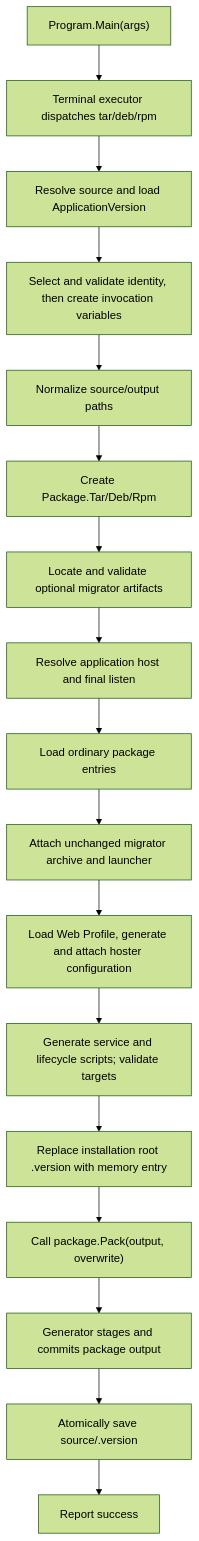
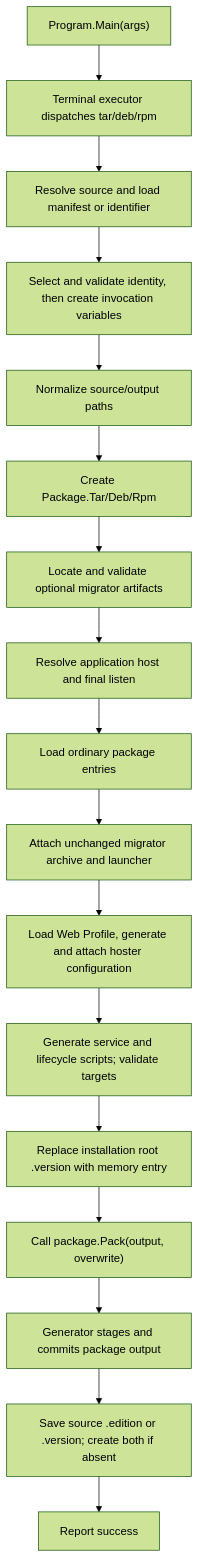
The diagram in packager/docs/implementation.md (Zongsoft/tools), drawn with Mermaid (forest theme) before and after one commit. The commit also changed other lines of this file and 35 other files, not shown here.

````diff
--- a/packager/docs/implementation.md
+++ b/packager/docs/implementation.md
@@ -67,19 +67,19 @@
 ```mermaid
 flowchart TD
     A["Program.Main(args)"] --> B["Terminal executor dispatches tar/deb/rpm"]
-    B --> C["Resolve source and load ApplicationVersion"]
+    B --> C["Resolve source and load manifest or identifier"]
     C --> D["Select and validate identity, then create invocation variables"]
     D --> E["Normalize source/output paths"]
     E --> F["Create Package.Tar/Deb/Rpm"]
     F --> M["Locate and validate optional migrator artifacts"]
     M --> G["Resolve application host and final listen"]
     G --> H["Load ordinary package entries"]
     H --> N["Attach unchanged migrator archive and launcher"]
     N --> W["Load Web Profile, generate and attach hoster configuration"]
     W --> L["Generate service and lifecycle scripts; validate targets"]
     L --> V["Replace installation root .version with memory entry"]
     V --> I["Call package.Pack(output, overwrite)"]
     I --> J["Generator stages and commits package output"]
-    J --> S["Atomically save source/.version"]
+    J --> S["Save source .edition or .version; create both if absent"]
     S --> OK["Report success"]
 ```
````
